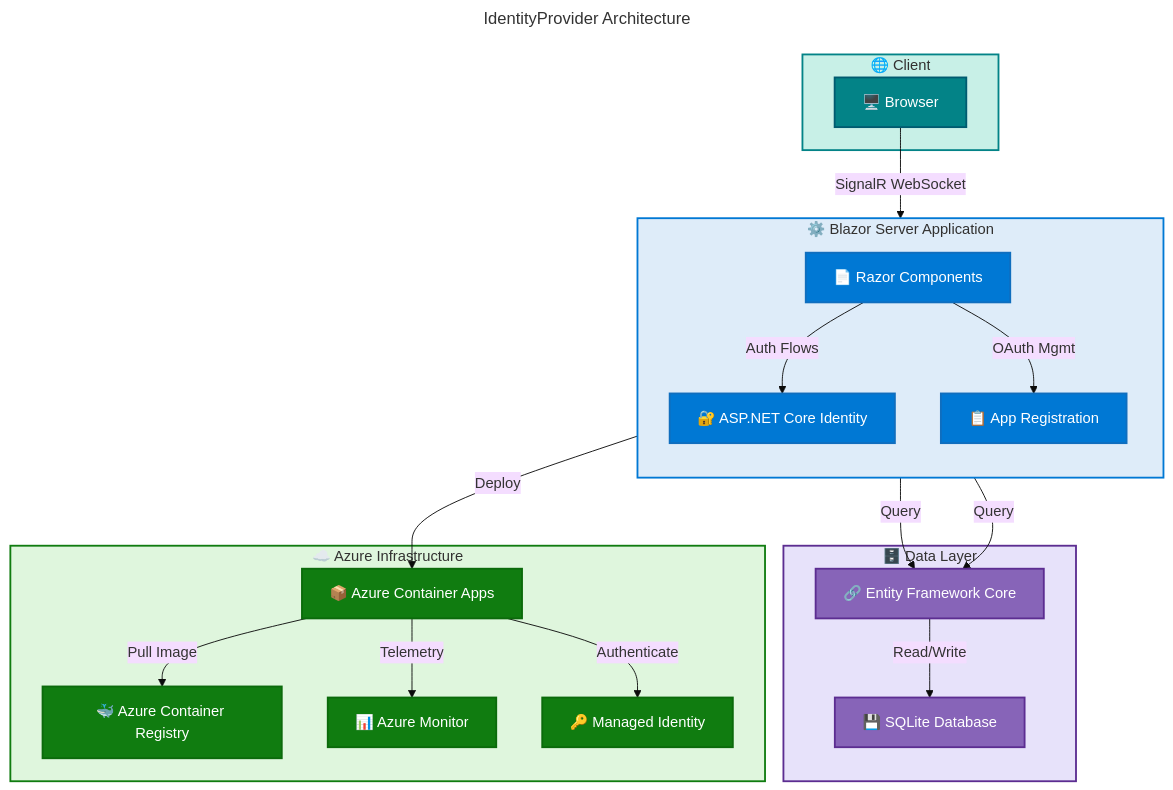
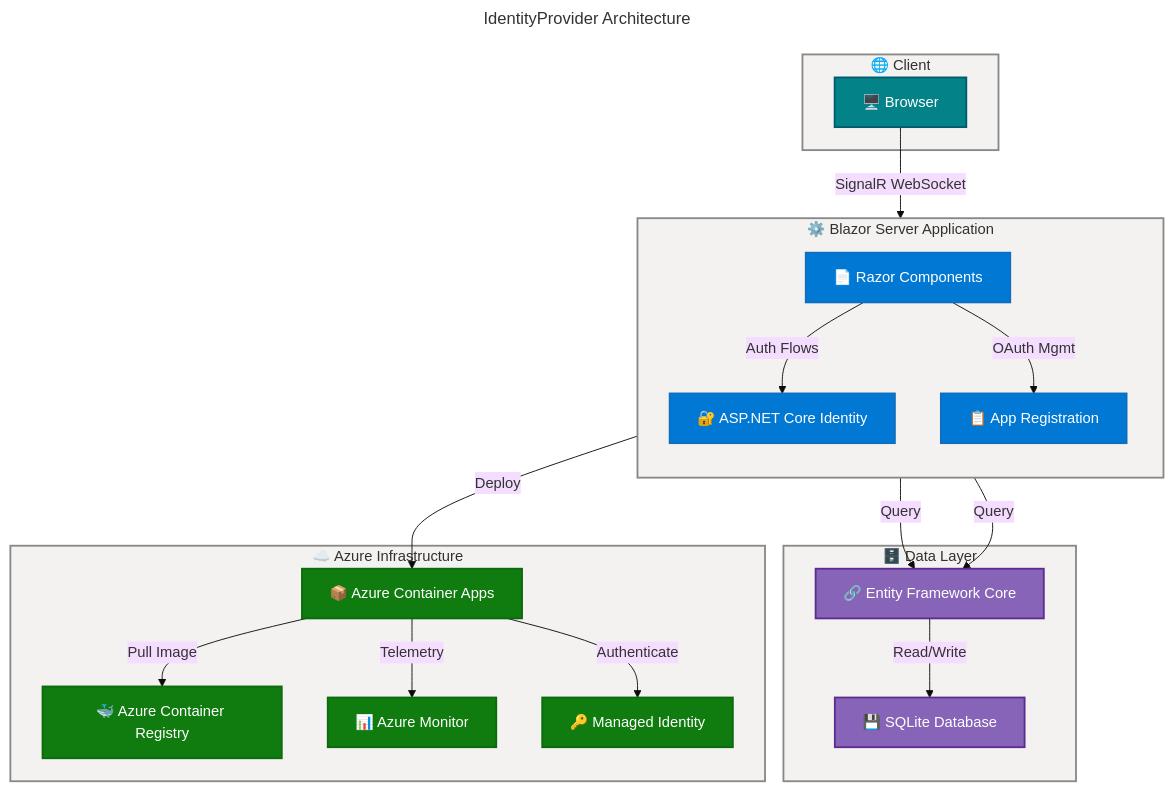
One commit to Evilazaro/IdentityProvider changed the diagram in README.md. Above: the diagram before and after it, drawn with Mermaid.

Commit message:
Refactor flowchart in README.md for improved clarity and updated styling

````diff
--- a/README.md
+++ b/README.md
@@ -220,73 +220,73 @@
 ```mermaid
 ---
 title: IdentityProvider Architecture
 config:
   theme: base
   look: classic
   layout: dagre
   themeVariables:
     fontSize: '16px'
   flowchart:
     htmlLabels: true
 ---
 flowchart TB
     accTitle: IdentityProvider Application Architecture
-    accDescr: Layered architecture showing client browser connecting via SignalR to Blazor Server with Identity and App Registration components backed by EF Core and SQLite and deployed to Azure Container Apps with monitoring
+    accDescr: Layered architecture with client browser connecting to Blazor Server identity components backed by EF Core and SQLite deployed to Azure Container Apps
 
-    %% ═══════════════════════════════════════════════════════════════════════════
-    %% AZURE / FLUENT ARCHITECTURE PATTERN v1.1
-    %% (Semantic + Structural + Font + Accessibility Governance)
-    %% ═══════════════════════════════════════════════════════════════════════════
-    %% PHASE 1 - FLUENT UI: All styling uses approved Fluent UI palette only
-    %% PHASE 2 - GROUPS: Every subgraph has semantic color via style directive
-    %% PHASE 3 - COMPONENTS: Every node has semantic classDef + icon prefix
-    %% PHASE 4 - ACCESSIBILITY: accTitle/accDescr present, WCAG AA contrast
-    %% PHASE 5 - STANDARD: Governance block present, classDefs centralized
-    %% ═══════════════════════════════════════════════════════════════════════════
+%% ═══════════════════════════════════════════════════════════════════════════
+%% AZURE / FLUENT ARCHITECTURE PATTERN v1.1
+%% (Semantic + Structural + Font + Accessibility Governance)
+%% ═══════════════════════════════════════════════════════════════════════════
+%% PHASE 1 - FLUENT UI: All styling uses approved Fluent UI palette only
+%% PHASE 2 - GROUPS: Every subgraph has semantic color via style directive
+%% PHASE 3 - COMPONENTS: Every node has semantic classDef + icon prefix
+%% PHASE 4 - ACCESSIBILITY: accTitle/accDescr present, WCAG AA contrast
+%% PHASE 5 - STANDARD: Governance block present, classDefs centralized
+%% ═══════════════════════════════════════════════════════════════════════════
 
     subgraph client["🌐 Client"]
         Browser["🖥️ Browser"]:::external
     end
 
     subgraph blazor["⚙️ Blazor Server Application"]
         direction TB
         Components["📄 Razor Components"]:::core
         Identity["🔐 ASP.NET Core Identity"]:::core
         AppReg["📋 App Registration"]:::core
     end
 
     subgraph data["🗄️ Data Layer"]
         EFCore["🔗 Entity Framework Core"]:::data
         SQLite["💾 SQLite Database"]:::data
     end
 
     subgraph azure["☁️ Azure Infrastructure"]
         ContainerApp["📦 Azure Container Apps"]:::success
         ACR["🐳 Azure Container Registry"]:::success
         Monitor["📊 Azure Monitor"]:::success
         ManagedId["🔑 Managed Identity"]:::success
     end
 
     Browser -->|"SignalR WebSocket"| Components
     Components -->|"Auth Flows"| Identity
     Components -->|"OAuth Mgmt"| AppReg
     Identity -->|"Query"| EFCore
     AppReg -->|"Query"| EFCore
     EFCore -->|"Read/Write"| SQLite
     blazor -->|"Deploy"| ContainerApp
     ContainerApp -->|"Pull Image"| ACR
     ContainerApp -->|"Telemetry"| Monitor
     ContainerApp -->|"Authenticate"| ManagedId
 
     %% Subgraph styling (4 subgraphs = 4 style directives)
-    style client fill:#C8F0E7,stroke:#038387,stroke-width:2px,color:#323130
-    style blazor fill:#DEECF9,stroke:#0078D4,stroke-width:2px,color:#323130
-    style data fill:#E7E2FA,stroke:#5C2D91,stroke-width:2px,color:#323130
-    style azure fill:#DFF6DD,stroke:#107C10,stroke-width:2px,color:#323130
+    style client fill:#F3F2F1,stroke:#8A8886,stroke-width:2px,color:#323130
+    style blazor fill:#F3F2F1,stroke:#8A8886,stroke-width:2px,color:#323130
+    style data fill:#F3F2F1,stroke:#8A8886,stroke-width:2px,color:#323130
+    style azure fill:#F3F2F1,stroke:#8A8886,stroke-width:2px,color:#323130
 
     %% Centralized semantic classDefs (Phase 5 compliant)
     classDef core fill:#0078D4,stroke:#106EBE,stroke-width:2px,color:#FFFFFF
     classDef success fill:#107C10,stroke:#0B6A0B,stroke-width:2px,color:#FFFFFF
     classDef data fill:#8764B8,stroke:#5C2D91,stroke-width:2px,color:#FFFFFF
     classDef external fill:#038387,stroke:#005B70,stroke-width:2px,color:#FFFFFF
 ```
````
